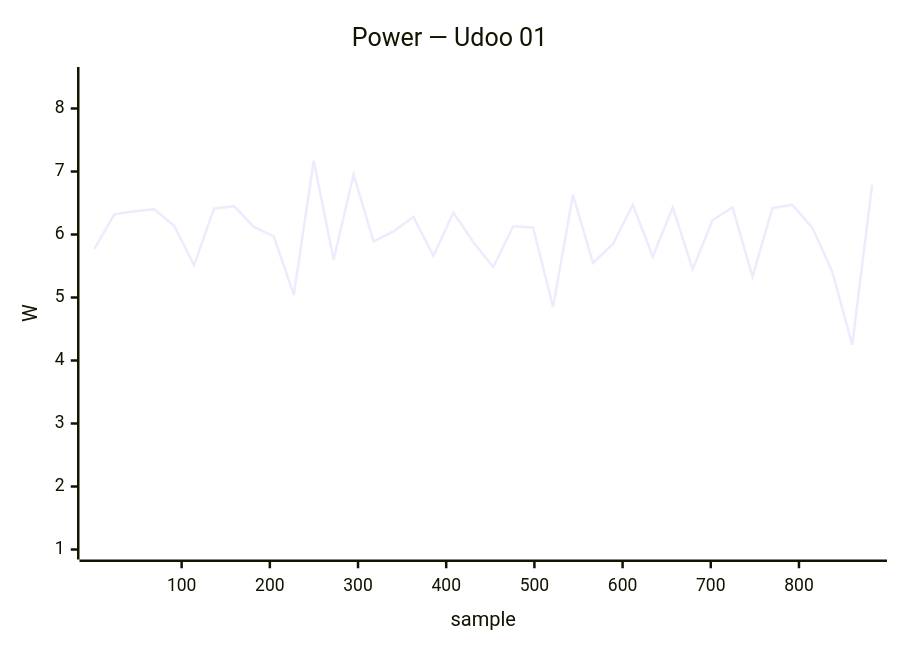
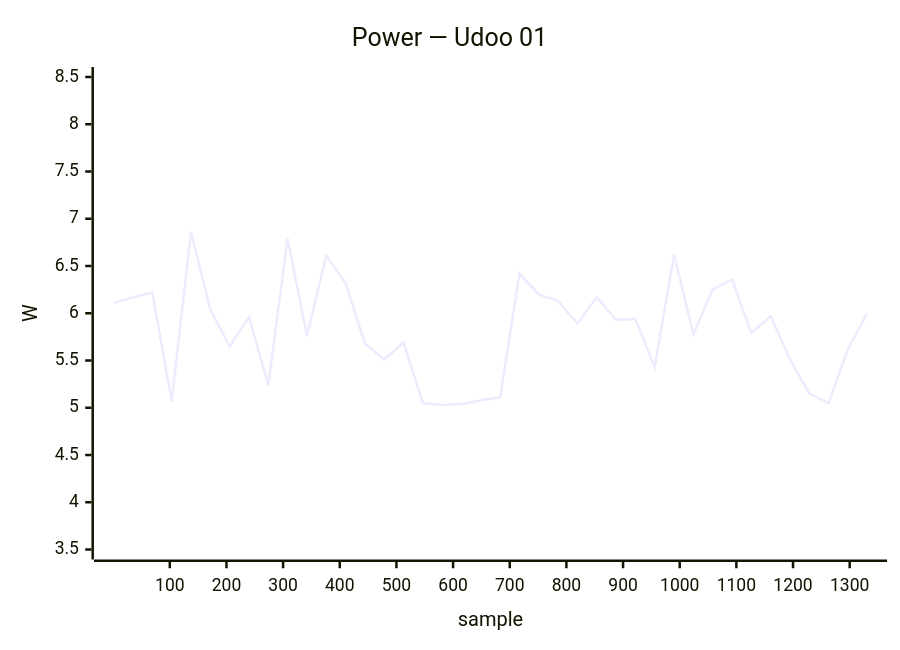
Before and after one commit to armbian/documentation: the eighth of 34 diagrams in docs/status/board-tests.md, drawn with Mermaid. The commit also changed other lines of this file, not shown here.

````diff
--- a/docs/status/board-tests.md
+++ b/docs/status/board-tests.md
@@ -397,7 +344,7 @@
 ```mermaid
 xychart-beta
     title "Power — Udoo 01"
-    x-axis "sample" 1 --> 883
-    y-axis "W" 1.0 --> 8.5
-    line [5.77, 6.32, 6.37, 6.40, 6.14, 5.51, 6.41, 6.45, 6.12, 5.97, 5.04, 7.17, 5.60, 6.95, 5.89, 6.05, 6.28, 5.66, 6.35, 5.88, 5.48, 6.13, 6.11, 4.85, 6.63, 5.55, 5.85, 6.47, 5.65, 6.43, 5.45, 6.23, 6.43, 5.33, 6.42, 6.47, 6.11, 5.41, 4.25, 6.79]
+    x-axis "sample" 1 --> 1331
+    y-axis "W" 3.5 --> 8.5
+    line [6.11, 6.17, 6.22, 5.07, 6.86, 6.04, 5.65, 5.96, 5.24, 6.79, 5.76, 6.61, 6.32, 5.68, 5.51, 5.69, 5.05, 5.03, 5.04, 5.08, 5.11, 6.42, 6.20, 6.13, 5.89, 6.17, 5.93, 5.94, 5.43, 6.62, 5.78, 6.25, 6.36, 5.79, 5.97, 5.51, 5.15, 5.05, 5.62, 6.00]
 ```
````
